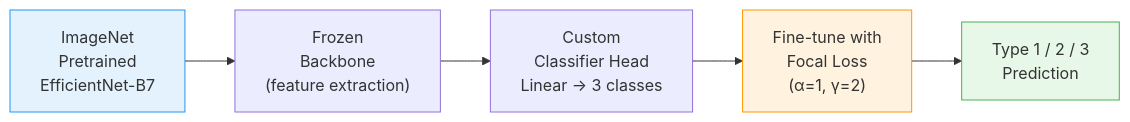
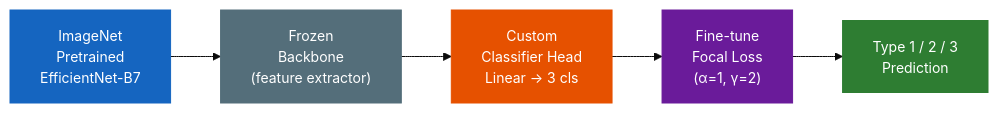
The fifth of 5 diagrams in ML.qmd (buttegggggggg/buttegggggggg.github.io), drawn with Mermaid before and after one commit. The commit also changed other lines of this file and 1 other file, not shown here.

First line of the commit message:
Fix Mermaid diagrams: dark fill/white text, <br/> line breaks, width-constrained

````diff
--- a/ML.qmd
+++ b/ML.qmd
@@ -322,11 +366,17 @@
 ```{mermaid}
+%%{init: {"theme": "base", "themeVariables": {"fontSize": "14px"}}}%%
 flowchart LR
-    A["ImageNet\nPretrained\nEfficientNet-B7"] --> B["Frozen\nBackbone\n(feature extraction)"]
-    B --> C["Custom\nClassifier Head\nLinear → 3 classes"]
-    C --> D["Fine-tune with\nFocal Loss\n(α=1, γ=2)"]
-    D --> E["Type 1 / 2 / 3\nPrediction"]
+    A["ImageNet<br/>Pretrained<br/>EfficientNet-B7"]
+    B["Frozen<br/>Backbone<br/>(feature extractor)"]
+    C["Custom<br/>Classifier Head<br/>Linear → 3 cls"]
+    D["Fine-tune<br/>Focal Loss<br/>(α=1, γ=2)"]
+    E["Type 1 / 2 / 3<br/>Prediction"]
 
-    style A fill:#e3f2fd,stroke:#2196F3
-    style D fill:#fff3e0,stroke:#FF9800
-    style E fill:#e8f8e8,stroke:#4CAF50
+    A --> B --> C --> D --> E
+
+    style A fill:#1565C0,color:#fff,stroke:#1565C0
+    style B fill:#546E7A,color:#fff,stroke:#546E7A
+    style C fill:#E65100,color:#fff,stroke:#E65100
+    style D fill:#6A1B9A,color:#fff,stroke:#6A1B9A
+    style E fill:#2E7D32,color:#fff,stroke:#2E7D32
 ```
````
